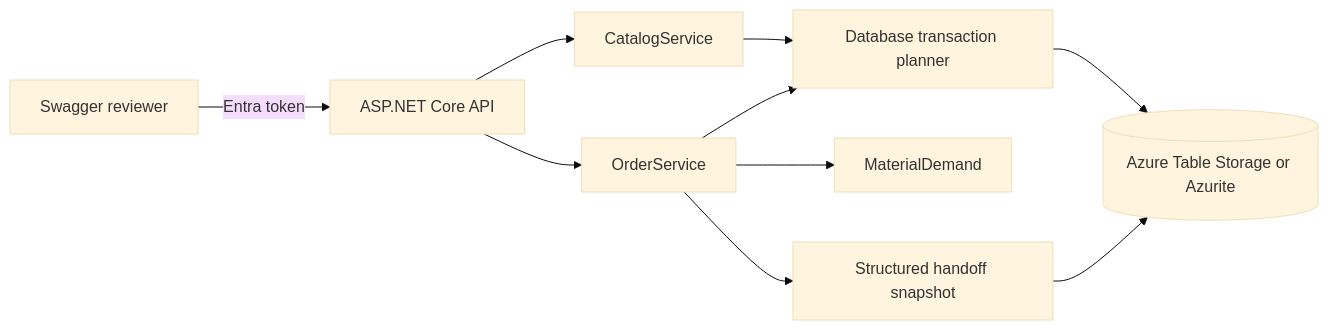
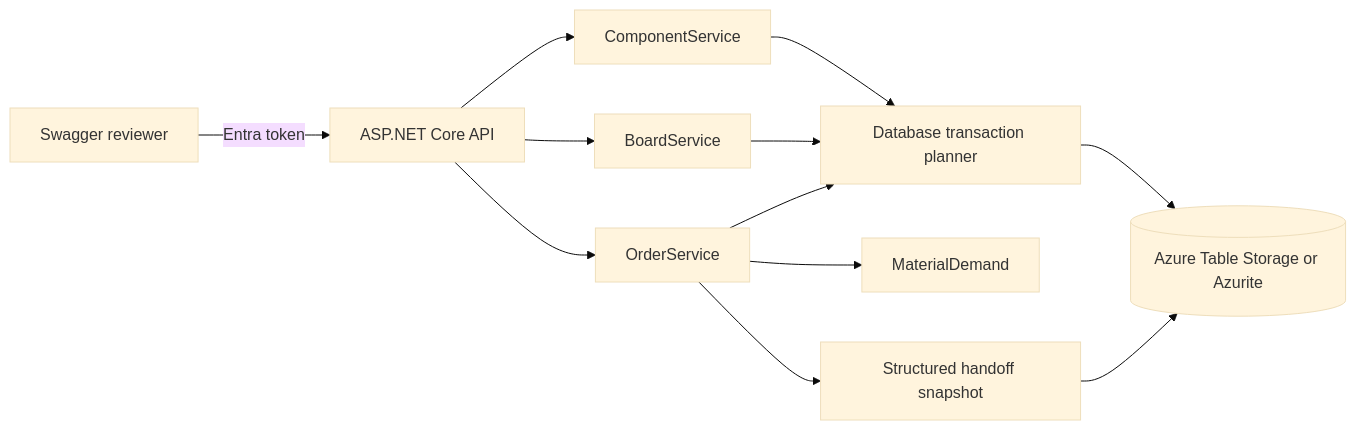
Before and after one commit to Zergie/Coding-Challenge: the diagram in README.md, drawn with Mermaid (base theme). The commit also changed other lines of this file and 7 other files, not shown here.

Commit message:
Split catalog services and store snapshot headers as JSON

````diff
--- a/README.md
+++ b/README.md
@@ -7,12 +7,14 @@
 ```mermaid
 flowchart LR
     Reviewer[Swagger reviewer] -->|Entra token| API[ASP.NET Core API]
-    API --> Catalog[CatalogService]
+    API --> Components[ComponentService]
+    API --> Boards[BoardService]
     API --> Orders[OrderService]
-    Catalog --> Store[Database transaction planner]
+    Components --> Store[Database transaction planner]
+    Boards --> Store
     Orders --> Demand[MaterialDemand]
     Orders --> Store
     Store --> Tables[(Azure Table Storage or Azurite)]
     Orders --> Snapshot[Structured handoff snapshot]
     Snapshot --> Tables
 ```
````
